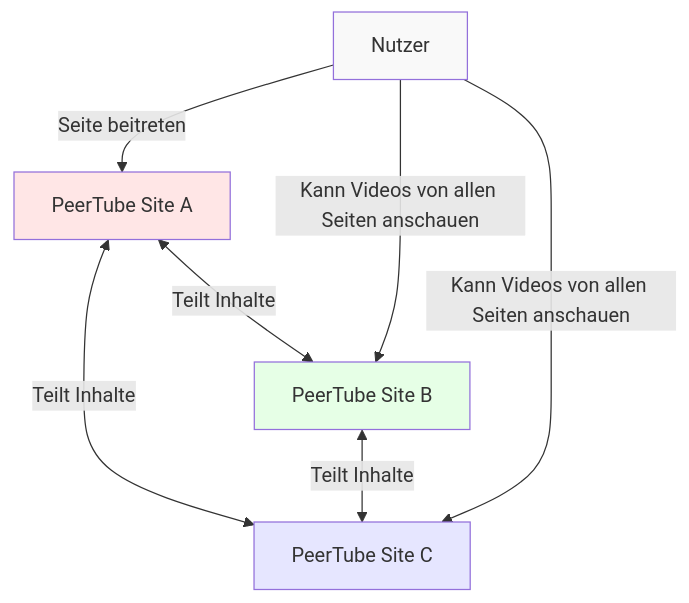
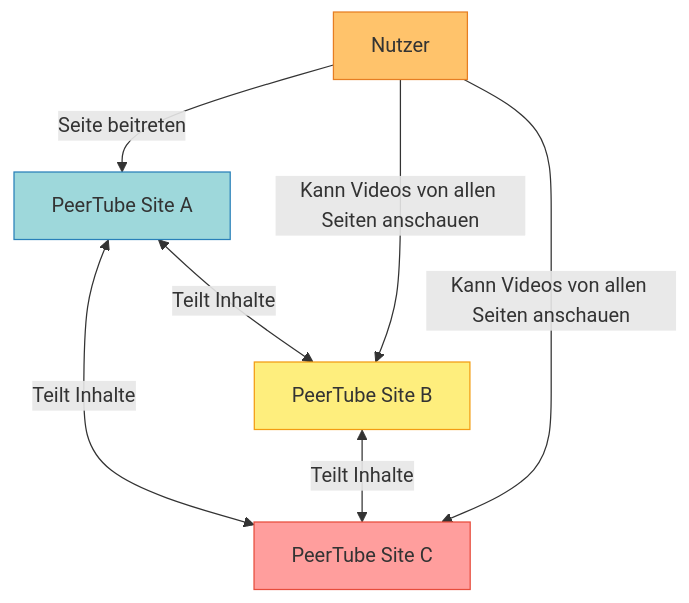
Before and after one commit to Y0ngg4n/peertube-presentation: the first of 5 diagrams in slides.md, drawn with Mermaid. The commit also changed other lines of this file, not shown here.

Commit message:
Fix diagram theming

````diff
--- a/slides.md
+++ b/slides.md
@@ -53,15 +53,15 @@
 ```mermaid
 graph TD
     A[PeerTube Site A] <-->|Teilt Inhalte| B[PeerTube Site B]
     A <-->|Teilt Inhalte| C[PeerTube Site C]
     B <-->|Teilt Inhalte| C
     
     User1[Nutzer] -->|Seite beitreten| A
     User1 -->|Kann Videos von allen Seiten anschauen| B
     User1 -->|Kann Videos von allen Seiten anschauen| C
     
-    style A fill:#ffe6e6
-    style B fill:#e6ffe6
-    style C fill:#e6e6ff
-    style User1 fill:#f9f9f9
+    style A fill:#9ED8DB,stroke:#2980B9,color:#333333
+    style B fill:#FEEE7D,stroke:#F39C12,color:#333333
+    style C fill:#FF9E9D,stroke:#E74C3C,color:#333333
+    style User1 fill:#FFC36B,stroke:#E67E22,color:#333333
 ```
````
